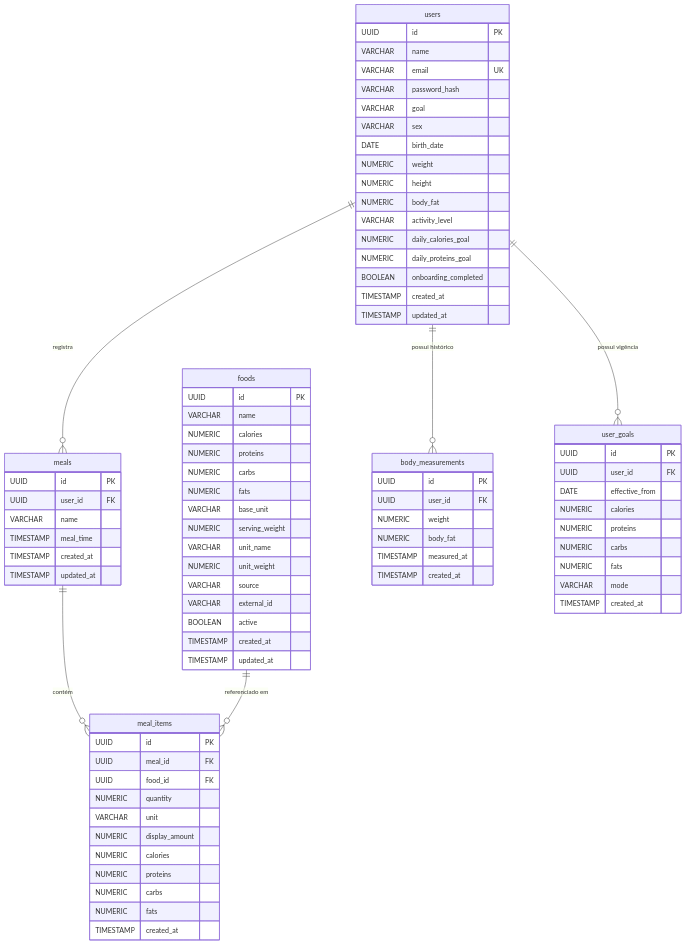
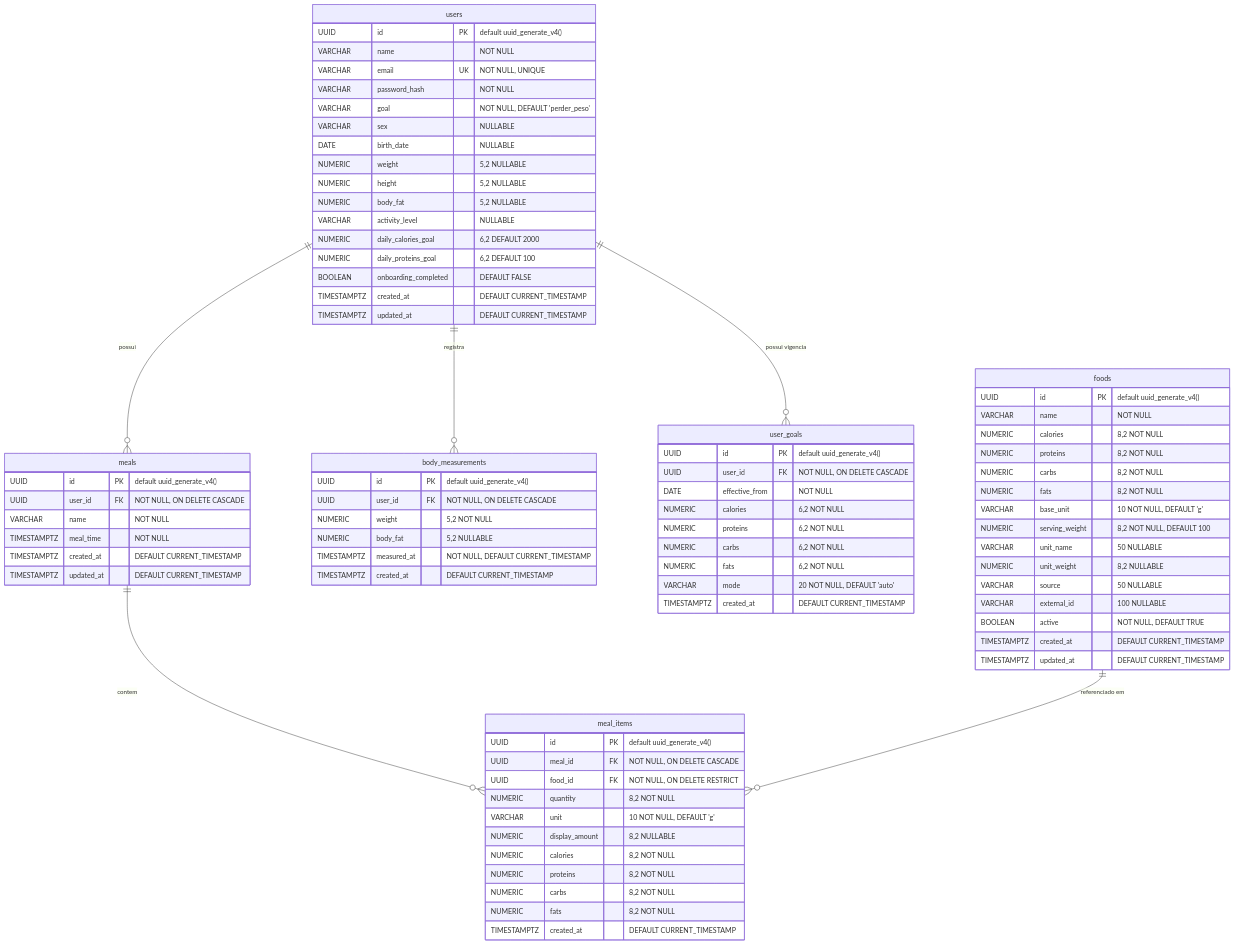
The diagram in docs/ARCHITECTURE.md (luiscorreiaa4/contador-de-calorias), drawn with Mermaid before and after one commit. The commit also changed other lines of this file and 6 other files, not shown here.

````diff
--- a/docs/ARCHITECTURE.md
+++ b/docs/ARCHITECTURE.md
@@ -28,89 +52,89 @@
 ```mermaid
 erDiagram
+    users ||--o{ meals : "possui"
+    users ||--o{ body_measurements : "registra"
+    users ||--o{ user_goals : "possui vigencia"
+    meals ||--o{ meal_items : "contem"
+    foods ||--o{ meal_items : "referenciado em"
+
     users {
-        UUID id PK
-        VARCHAR name
-        VARCHAR email UK
-        VARCHAR password_hash
-        VARCHAR goal
-        VARCHAR sex
-        DATE birth_date
-        NUMERIC weight
-        NUMERIC height
-        NUMERIC body_fat
-        VARCHAR activity_level
-        NUMERIC daily_calories_goal
-        NUMERIC daily_proteins_goal
-        BOOLEAN onboarding_completed
-        TIMESTAMP created_at
-        TIMESTAMP updated_at
+        UUID id PK "default uuid_generate_v4()"
+        VARCHAR name "NOT NULL"
+        VARCHAR email UK "NOT NULL, UNIQUE"
+        VARCHAR password_hash "NOT NULL"
+        VARCHAR goal "NOT NULL, DEFAULT 'perder_peso'"
+        VARCHAR sex "NULLABLE"
+        DATE birth_date "NULLABLE"
+        NUMERIC weight "5,2 NULLABLE"
+        NUMERIC height "5,2 NULLABLE"
+        NUMERIC body_fat "5,2 NULLABLE"
+        VARCHAR activity_level "NULLABLE"
+        NUMERIC daily_calories_goal "6,2 DEFAULT 2000"
+        NUMERIC daily_proteins_goal "6,2 DEFAULT 100"
+        BOOLEAN onboarding_completed "DEFAULT FALSE"
+        TIMESTAMPTZ created_at "DEFAULT CURRENT_TIMESTAMP"
+        TIMESTAMPTZ updated_at "DEFAULT CURRENT_TIMESTAMP"
     }
-    
+
     foods {
-        UUID id PK
-        VARCHAR name
-        NUMERIC calories
-        NUMERIC proteins
-        NUMERIC carbs
-        NUMERIC fats
-        VARCHAR base_unit
-        NUMERIC serving_weight
-        VARCHAR unit_name
-        NUMERIC unit_weight
-        VARCHAR source
-        VARCHAR external_id
-        BOOLEAN active
-        TIMESTAMP created_at
-        TIMESTAMP updated_at
+        UUID id PK "default uuid_generate_v4()"
+        VARCHAR name "NOT NULL"
+        NUMERIC calories "8,2 NOT NULL"
+        NUMERIC proteins "8,2 NOT NULL"
+        NUMERIC carbs "8,2 NOT NULL"
+        NUMERIC fats "8,2 NOT NULL"
+        VARCHAR base_unit "10 NOT NULL, DEFAULT 'g'"
+        NUMERIC serving_weight "8,2 NOT NULL, DEFAULT 100"
+        VARCHAR unit_name "50 NULLABLE"
+        NUMERIC unit_weight "8,2 NULLABLE"
+        VARCHAR source "50 NULLABLE"
+        VARCHAR external_id "100 NULLABLE"
+        BOOLEAN active "NOT NULL, DEFAULT TRUE"
+        TIMESTAMPTZ created_at "DEFAULT CURRENT_TIMESTAMP"
+        TIMESTAMPTZ updated_at "DEFAULT CURRENT_TIMESTAMP"
     }
-    
+
     meals {
-        UUID id PK
-        UUID user_id FK
-        VARCHAR name
-        TIMESTAMP meal_time
-        TIMESTAMP created_at
-        TIMESTAMP updated_at
+        UUID id PK "default uuid_generate_v4()"
+        UUID user_id FK "NOT NULL, ON DELETE CASCADE"
+        VARCHAR name "NOT NULL"
+        TIMESTAMPTZ meal_time "NOT NULL"
+        TIMESTAMPTZ created_at "DEFAULT CURRENT_TIMESTAMP"
+        TIMESTAMPTZ updated_at "DEFAULT CURRENT_TIMESTAMP"
     }
-    
+
     meal_items {
-        UUID id PK
-        UUID meal_id FK
-        UUID food_id FK
-        NUMERIC quantity
-        VARCHAR unit
-        NUMERIC display_amount
-        NUMERIC calories
-        NUMERIC proteins
-        NUMERIC carbs
-        NUMERIC fats
-        TIMESTAMP created_at
+        UUID id PK "default uuid_generate_v4()"
+        UUID meal_id FK "NOT NULL, ON DELETE CASCADE"
+        UUID food_id FK "NOT NULL, ON DELETE RESTRICT"
+        NUMERIC quantity "8,2 NOT NULL"
+        VARCHAR unit "10 NOT NULL, DEFAULT 'g'"
+        NUMERIC display_amount "8,2 NULLABLE"
+        NUMERIC calories "8,2 NOT NULL"
+        NUMERIC proteins "8,2 NOT NULL"
+        NUMERIC carbs "8,2 NOT NULL"
+        NUMERIC fats "8,2 NOT NULL"
+        TIMESTAMPTZ created_at "DEFAULT CURRENT_TIMESTAMP"
     }
 
     body_measurements {
-        UUID id PK
-        UUID user_id FK
-        NUMERIC weight
-        NUMERIC body_fat
-        TIMESTAMP measured_at
-        TIMESTAMP created_at
+        UUID id PK "default uuid_generate_v4()"
+        UUID user_id FK "NOT NULL, ON DELETE CASCADE"
+        NUMERIC weight "5,2 NOT NULL"
+        NUMERIC body_fat "5,2 NULLABLE"
+        TIMESTAMPTZ measured_at "NOT NULL, DEFAULT CURRENT_TIMESTAMP"
+        TIMESTAMPTZ created_at "DEFAULT CURRENT_TIMESTAMP"
     }
 
     user_goals {
-        UUID id PK
-        UUID user_id FK
-        DATE effective_from
-        NUMERIC calories
-        NUMERIC proteins
-        NUMERIC carbs
-        NUMERIC fats
-        VARCHAR mode
-        TIMESTAMP created_at
+        UUID id PK "default uuid_generate_v4()"
+        UUID user_id FK "NOT NULL, ON DELETE CASCADE"
+        DATE effective_from "NOT NULL"
+        NUMERIC calories "6,2 NOT NULL"
+        NUMERIC proteins "6,2 NOT NULL"
+        NUMERIC carbs "6,2 NOT NULL"
+        NUMERIC fats "6,2 NOT NULL"
+        VARCHAR mode "20 NOT NULL, DEFAULT 'auto'"
+        TIMESTAMPTZ created_at "DEFAULT CURRENT_TIMESTAMP"
     }
-    
-    users ||--o{ meals : "registra"
-    users ||--o{ body_measurements : "possui histórico"
-    users ||--o{ user_goals : "possui vigência"
-    meals ||--o{ meal_items : "contém"
-    foods ||--o{ meal_items : "referenciado em"
 ```
````
